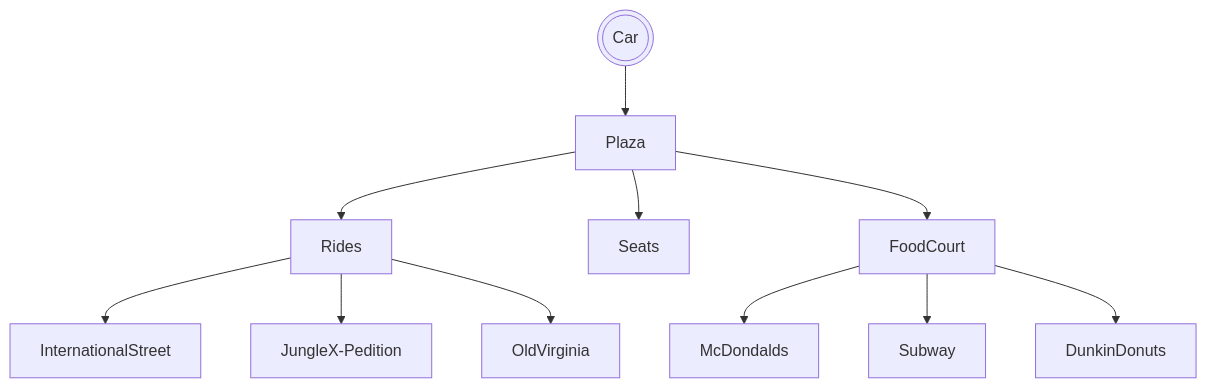
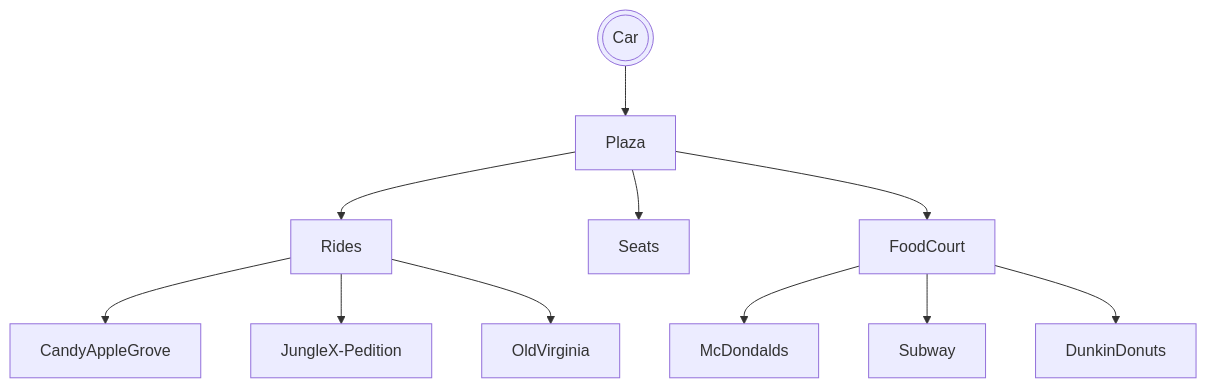
Before and after one commit to YMwhs/YMwhs.github.io: the diagram in projects/game/README.md, drawn with Mermaid. The commit also changed 1 other file, not shown here.

Commit message:
Fixed up functions

````diff
--- a/projects/game/README.md
+++ b/projects/game/README.md
@@ -7,13 +7,13 @@
 ```mermaid
 graph TD;
 	car(((Car)))-->Plaza;
 	Plaza-->Rides;
-	Rides-->InternationalStreet;
+	Rides-->CandyAppleGrove;
 	Rides-->JungleX-Pedition;
 	Rides-->OldVirginia;
 	Plaza-->Seats;
 	Plaza-->FoodCourt;
 	FoodCourt-->McDondalds;
 	FoodCourt-->Subway;
 	FoodCourt-->DunkinDonuts;
 ```
````
